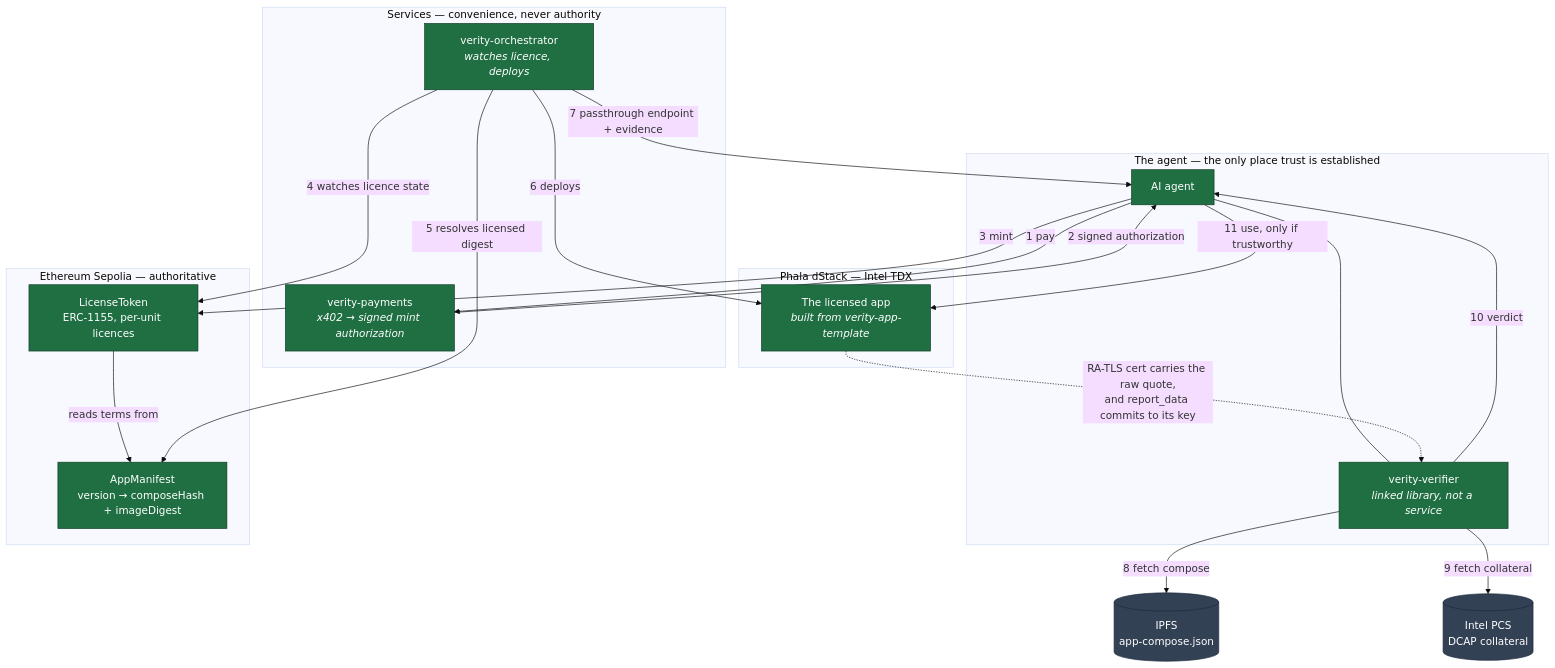
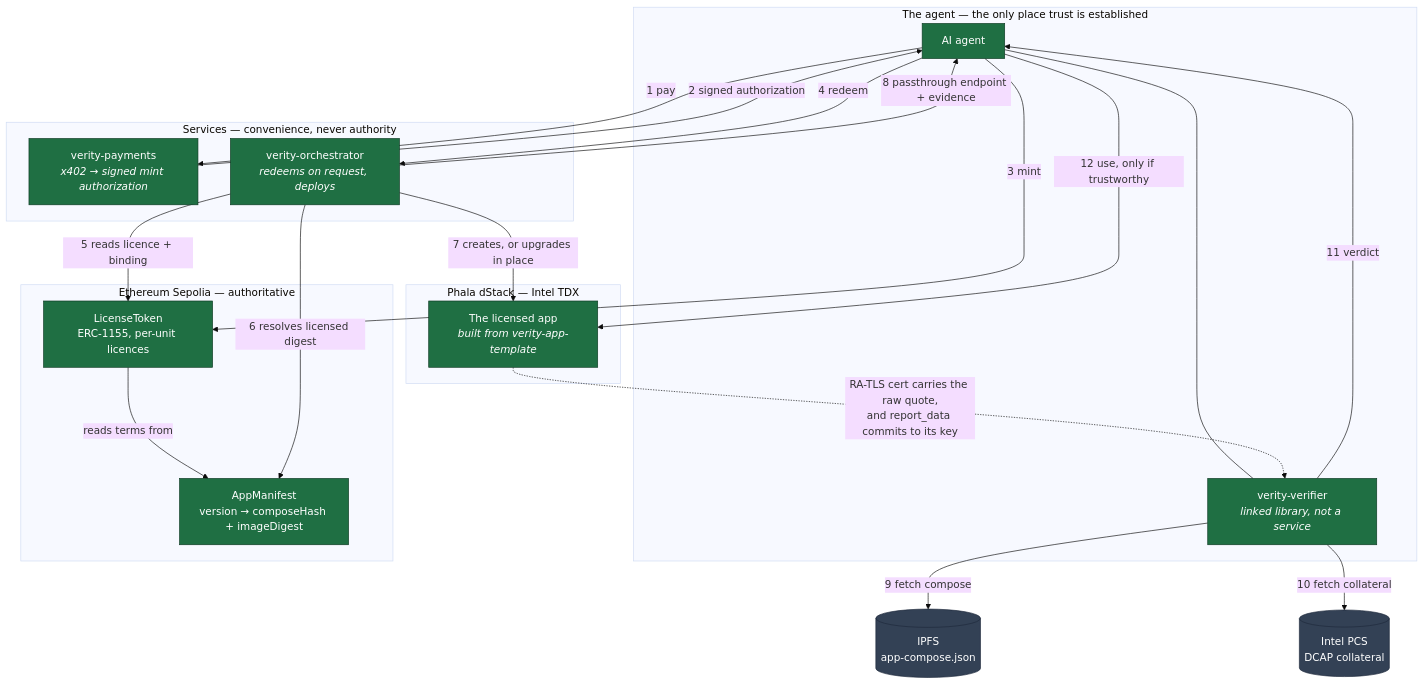
Before and after one commit to ithaka-dev/verity-foundation: the first of 5 diagrams in docs/ARCHITECTURE.md, drawn with Mermaid (base theme). The commit also changed other lines of this file and 3 other files, not shown here.

First line of the commit message:
MA-8: make ARCHITECTURE.md describe what runs, and record redeem-only as ADR 0030

````diff
--- a/docs/ARCHITECTURE.md
+++ b/docs/ARCHITECTURE.md
@@ -31,44 +31,45 @@
 ```mermaid
 graph TB
     subgraph agent["The agent — the only place trust is established"]
         A["AI agent"]
         V["verity-verifier<br/><i>linked library, not a service</i>"]
         A --- V
     end
 
     subgraph chain["Ethereum Sepolia — authoritative"]
         LT["LicenseToken<br/>ERC-1155, per-unit licences"]
         AM["AppManifest<br/>version → composeHash + imageDigest"]
         LT -->|"reads terms from"| AM
     end
 
     subgraph svc["Services — convenience, never authority"]
         P["verity-payments<br/><i>x402 → signed mint authorization</i>"]
-        O["verity-orchestrator<br/><i>watches licence, deploys</i>"]
+        O["verity-orchestrator<br/><i>redeems on request, deploys</i>"]
     end
 
     subgraph tee["Phala dStack — Intel TDX"]
         CVM["The licensed app<br/><i>built from verity-app-template</i>"]
     end
 
     IPFS[("IPFS<br/>app-compose.json")]
     INTEL[("Intel PCS<br/>DCAP collateral")]
 
     A -->|"1 pay"| P
     P -->|"2 signed authorization"| A
     A -->|"3 mint"| LT
-    O -->|"4 watches licence state"| LT
-    O -->|"5 resolves licensed digest"| AM
-    O -->|"6 deploys"| CVM
-    O -->|"7 passthrough endpoint + evidence"| A
-    V -->|"8 fetch compose"| IPFS
-    V -->|"9 fetch collateral"| INTEL
-    V -->|"10 verdict"| A
-    A -->|"11 use, only if trustworthy"| CVM
+    A -->|"4 redeem"| O
+    O -->|"5 reads licence + binding"| LT
+    O -->|"6 resolves licensed digest"| AM
+    O -->|"7 creates, or upgrades in place"| CVM
+    O -->|"8 passthrough endpoint + evidence"| A
+    V -->|"9 fetch compose"| IPFS
+    V -->|"10 fetch collateral"| INTEL
+    V -->|"11 verdict"| A
+    A -->|"12 use, only if trustworthy"| CVM
     CVM -.->|"RA-TLS cert carries the raw quote,<br/>and report_data commits to its key"| V
 
     classDef built fill:#1f6f43,stroke:#0d3a23,color:#fff
     classDef external fill:#334155,stroke:#1e293b,color:#fff
     class A,V,LT,AM,P,O,CVM built
     class IPFS,INTEL external
 ```
````
